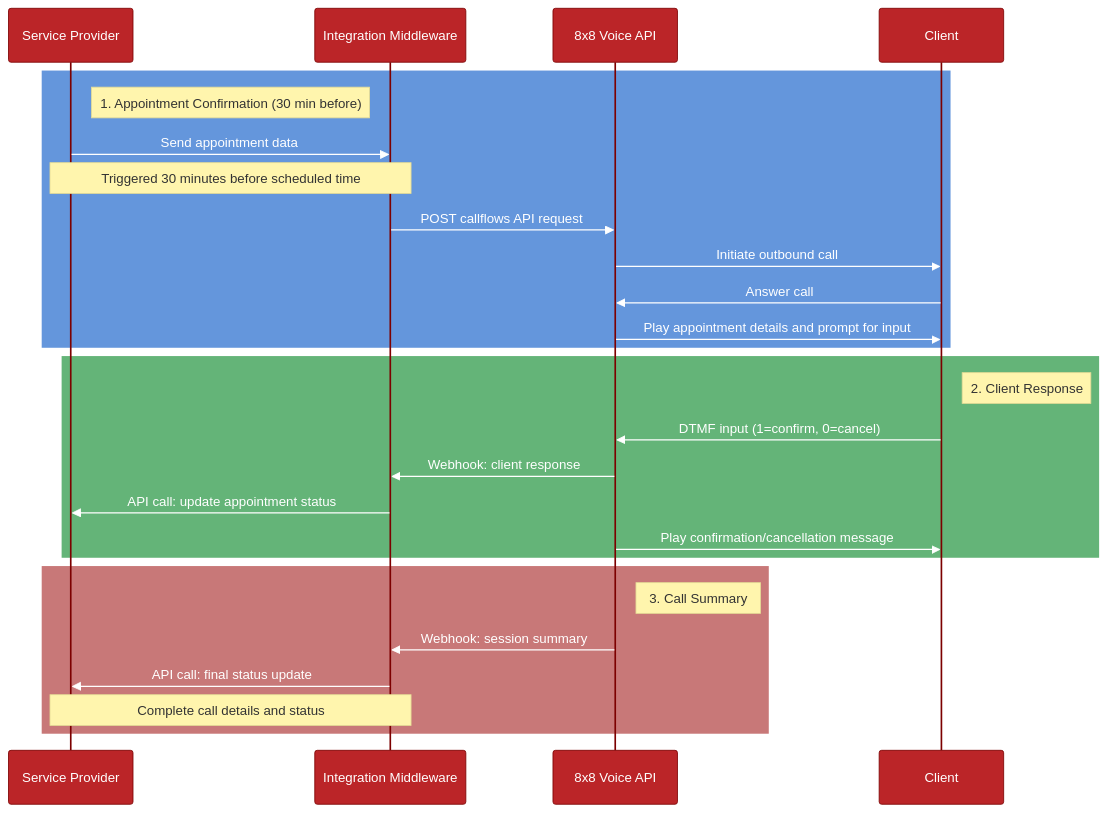
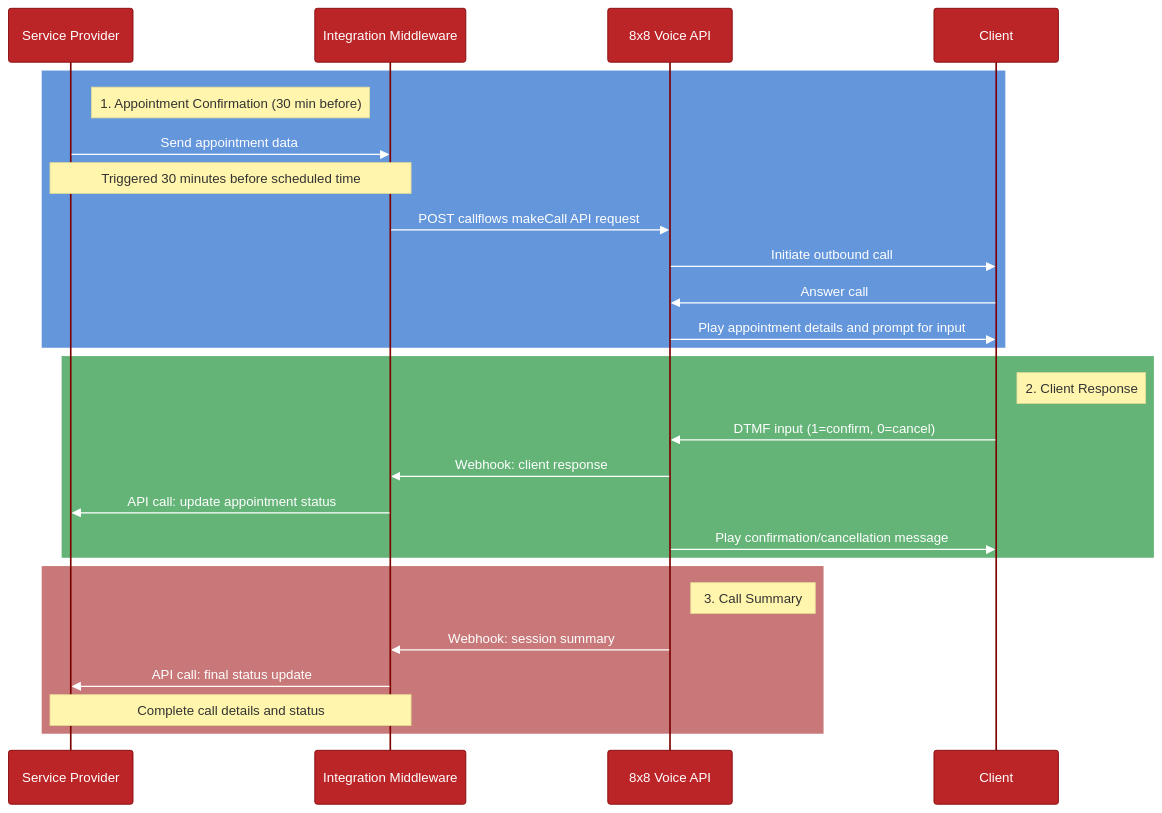
The diagram in flow_diagram_simple.md (harrism04/voice_messaging), drawn with Mermaid before and after one commit.

````diff
--- a/flow_diagram_simple.md
+++ b/flow_diagram_simple.md
@@ -3,45 +3,45 @@
 ```mermaid
 %%{init: {
   'theme': 'base', 
   'themeVariables': {
     'primaryColor': '#BB2528',
     'primaryTextColor': '#fff',
     'primaryBorderColor': '#7C0000',
     'lineColor': '#F8B229',
     'secondaryColor': '#006100',
     'tertiaryColor': '#fff',
     'textColor': '#fff',
     'noteTextColor': '#333',
     'noteBkgColor': '#fff5ad',
     'edgeLabelBackground': 'rgba(0,0,0,0.5)',
     'background': 'transparent'
   }
 }}%%
 sequenceDiagram
     participant Provider as Service Provider
     participant Middleware as Integration Middleware
     participant Voice8x8 as 8x8 Voice API
     participant Client as Client
     rect rgb(100, 150, 220)
         note right of Provider: 1. Appointment Confirmation (30 min before)
         Provider->>Middleware: Send appointment data
         Note over Provider,Middleware: Triggered 30 minutes before scheduled time
-        Middleware->>Voice8x8: POST callflows API request
+        Middleware->>Voice8x8: POST callflows makeCall API request
         Voice8x8->>Client: Initiate outbound call
         Client->>Voice8x8: Answer call
         Voice8x8->>Client: Play appointment details and prompt for input
     end
     rect rgb(100, 180, 120)
         note right of Client: 2. Client Response
         Client->>Voice8x8: DTMF input (1=confirm, 0=cancel)
         Voice8x8->>Middleware: Webhook: client response
         Middleware->>Provider: API call: update appointment status
         Voice8x8->>Client: Play confirmation/cancellation message
     end
     rect rgb(200, 120, 120)
         note right of Voice8x8: 3. Call Summary
         Voice8x8->>Middleware: Webhook: session summary
         Middleware->>Provider: API call: final status update
         Note over Middleware,Provider: Complete call details and status
     end
 ```
````
